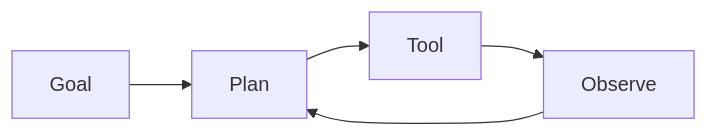
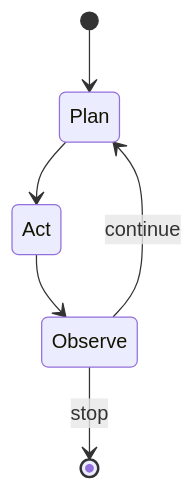
Before and after one commit to abdulsamad183/ai-engineering-playbook: the diagram in domains/ai-agents/foundations/02-agent-fundamentals.md, drawn with Mermaid. The commit also changed other lines of this file and 85 other files, not shown here.

````diff
--- a/domains/ai-agents/foundations/02-agent-fundamentals.md
+++ b/domains/ai-agents/foundations/02-agent-fundamentals.md
@@ -87,4 +40,8 @@
 ```mermaid
-flowchart LR
-  Goal --> Plan --> Tool --> Observe --> Plan
+stateDiagram-v2
+  [*] --> Plan
+  Plan --> Act
+  Act --> Observe
+  Observe --> Plan: continue
+  Observe --> [*]: stop
 ```
````
